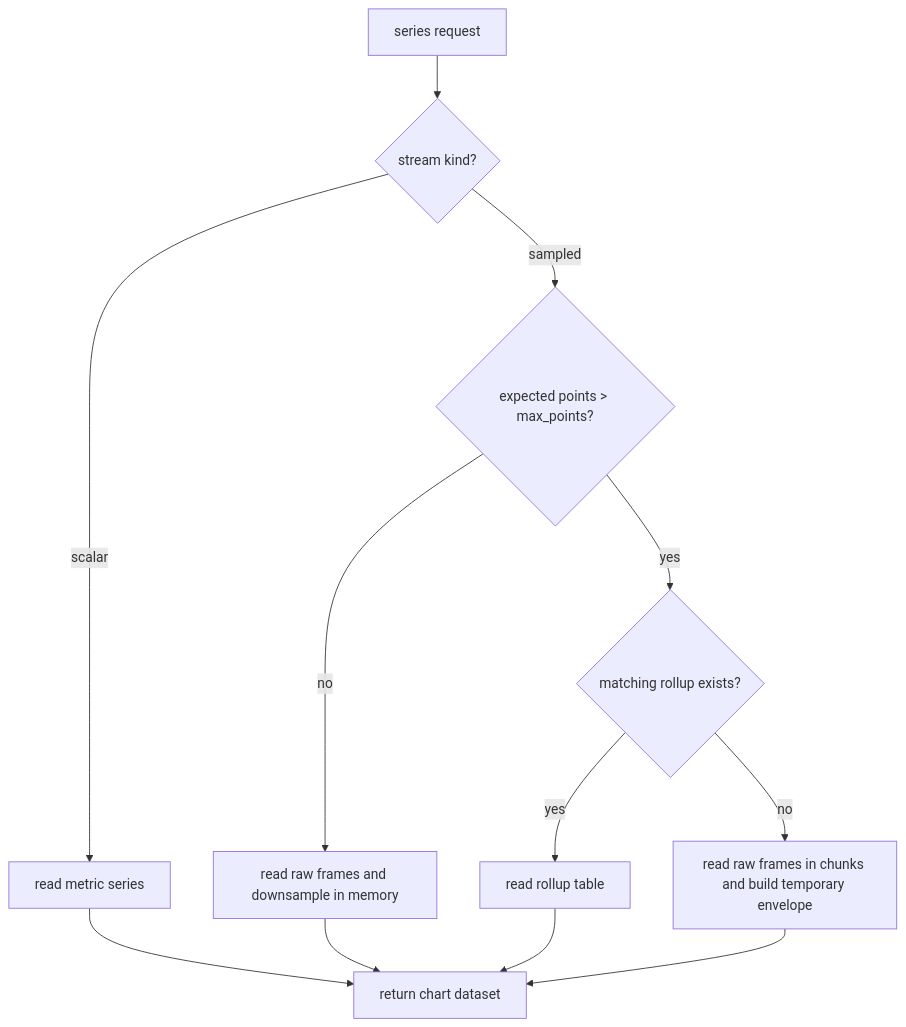
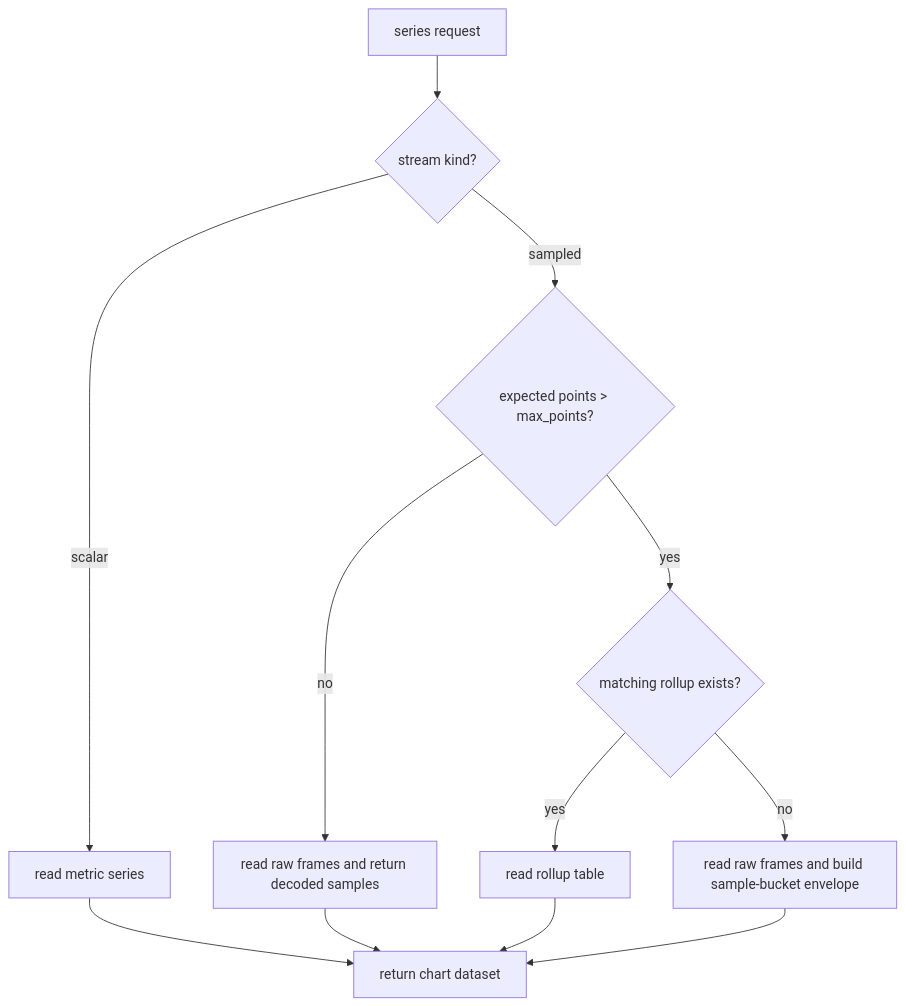
Before and after one commit to donghoonpark/aetus: the fifth of 8 diagrams in docs/08-query-api-and-frontend.md, drawn with Mermaid. The commit also changed other lines of this file and 9 other files, not shown here.

Commit message:
Downsample sampled streams by raw samples

````diff
--- a/docs/08-query-api-and-frontend.md
+++ b/docs/08-query-api-and-frontend.md
@@ -392,14 +392,14 @@
 ```mermaid
 flowchart TD
     Req["series request"] --> Kind{"stream kind?"}
     Kind -- "scalar" --> Scalar["read metric series"]
     Kind -- "sampled" --> Width{"expected points > max_points?"}
-    Width -- "no" --> Raw["read raw frames and downsample in memory"]
+    Width -- "no" --> Raw["read raw frames and return decoded samples"]
     Width -- "yes" --> Range{"matching rollup exists?"}
     Range -- "yes" --> Rollup["read rollup table"]
-    Range -- "no" --> Batch["read raw frames in chunks and build temporary envelope"]
+    Range -- "no" --> Batch["read raw frames and build sample-bucket envelope"]
     Scalar --> Resp["return chart dataset"]
     Raw --> Resp
     Rollup --> Resp
     Batch --> Resp
 ```
````
